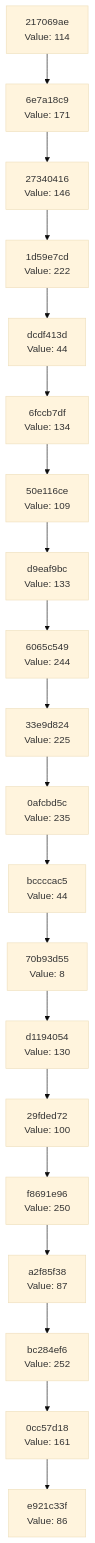
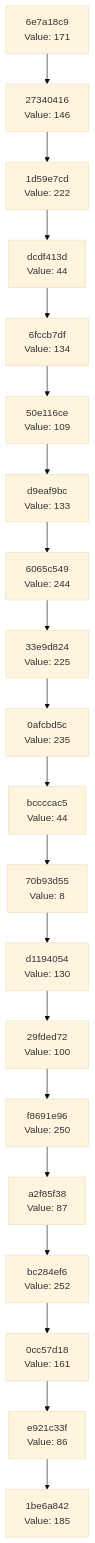
Before and after one commit to Abhisheksinha1506/hash-chain-evolver: the diagram in docs/CHAIN_VISUALIZATION.md, drawn with Mermaid (base theme). The commit also changed 2 other files, not shown here.

Commit message:
Evolution step: hash 0xB9 → action executed

````diff
--- a/docs/CHAIN_VISUALIZATION.md
+++ b/docs/CHAIN_VISUALIZATION.md
@@ -3,42 +3,42 @@
 ```mermaid
 graph TD
-    C0["e921c33f<br/>Value: 86"]
-    C1["0cc57d18<br/>Value: 161"]
+    C0["1be6a842<br/>Value: 185"]
+    C1["e921c33f<br/>Value: 86"]
     C1 --> C0
-    C2["bc284ef6<br/>Value: 252"]
+    C2["0cc57d18<br/>Value: 161"]
     C2 --> C1
-    C3["a2f85f38<br/>Value: 87"]
+    C3["bc284ef6<br/>Value: 252"]
     C3 --> C2
-    C4["f8691e96<br/>Value: 250"]
+    C4["a2f85f38<br/>Value: 87"]
     C4 --> C3
-    C5["29fded72<br/>Value: 100"]
+    C5["f8691e96<br/>Value: 250"]
     C5 --> C4
-    C6["d1194054<br/>Value: 130"]
+    C6["29fded72<br/>Value: 100"]
     C6 --> C5
-    C7["70b93d55<br/>Value: 8"]
+    C7["d1194054<br/>Value: 130"]
     C7 --> C6
-    C8["bccccac5<br/>Value: 44"]
+    C8["70b93d55<br/>Value: 8"]
     C8 --> C7
-    C9["0afcbd5c<br/>Value: 235"]
+    C9["bccccac5<br/>Value: 44"]
     C9 --> C8
-    C10["33e9d824<br/>Value: 225"]
+    C10["0afcbd5c<br/>Value: 235"]
     C10 --> C9
-    C11["6065c549<br/>Value: 244"]
+    C11["33e9d824<br/>Value: 225"]
     C11 --> C10
-    C12["d9eaf9bc<br/>Value: 133"]
+    C12["6065c549<br/>Value: 244"]
     C12 --> C11
-    C13["50e116ce<br/>Value: 109"]
+    C13["d9eaf9bc<br/>Value: 133"]
     C13 --> C12
-    C14["6fccb7df<br/>Value: 134"]
+    C14["50e116ce<br/>Value: 109"]
     C14 --> C13
-    C15["dcdf413d<br/>Value: 44"]
+    C15["6fccb7df<br/>Value: 134"]
     C15 --> C14
-    C16["1d59e7cd<br/>Value: 222"]
+    C16["dcdf413d<br/>Value: 44"]
     C16 --> C15
-    C17["27340416<br/>Value: 146"]
+    C17["1d59e7cd<br/>Value: 222"]
     C17 --> C16
-    C18["6e7a18c9<br/>Value: 171"]
+    C18["27340416<br/>Value: 146"]
     C18 --> C17
-    C19["217069ae<br/>Value: 114"]
+    C19["6e7a18c9<br/>Value: 171"]
     C19 --> C18
 ```
````
